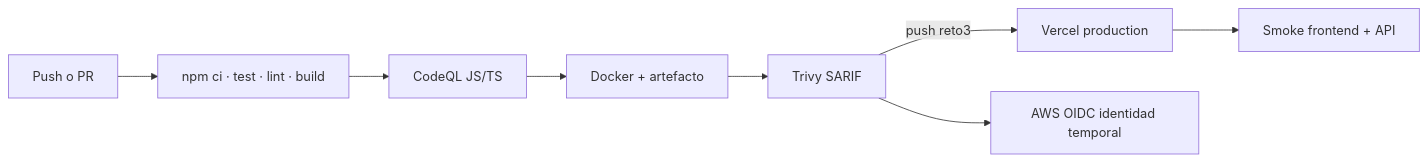
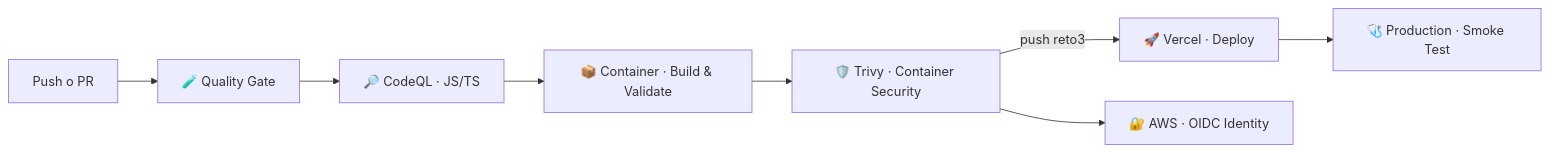
Diagram 14 of 15 in README.md (lisudea/technical-test-2026-2), drawn with Mermaid before and after one commit. The commit also changed other lines of this file, not shown here.

Commit message:
docs(frontend): finalize Reto 3 technical documentation

````diff
--- a/README.md
+++ b/README.md
@@ -590,10 +673,10 @@
 ```mermaid
 flowchart LR
-  P[Push o PR] --> Q[npm ci · test · lint · build]
-  Q --> C[CodeQL JS/TS]
-  C --> D[Docker + artefacto]
-  D --> T[Trivy SARIF]
-  T -->|push reto3| V[Vercel production]
-  V --> S[Smoke frontend + API]
-  T --> O[AWS OIDC identidad temporal]
+  P[Push o PR] --> Q[🧪 Quality Gate]
+  Q --> C[🔎 CodeQL · JS/TS]
+  C --> D[📦 Container · Build & Validate]
+  D --> T[🛡️ Trivy · Container Security]
+  T -->|push reto3| V[🚀 Vercel · Deploy]
+  V --> S[🩺 Production · Smoke Test]
+  T --> O[🔐 AWS · OIDC Identity]
 ```
````
